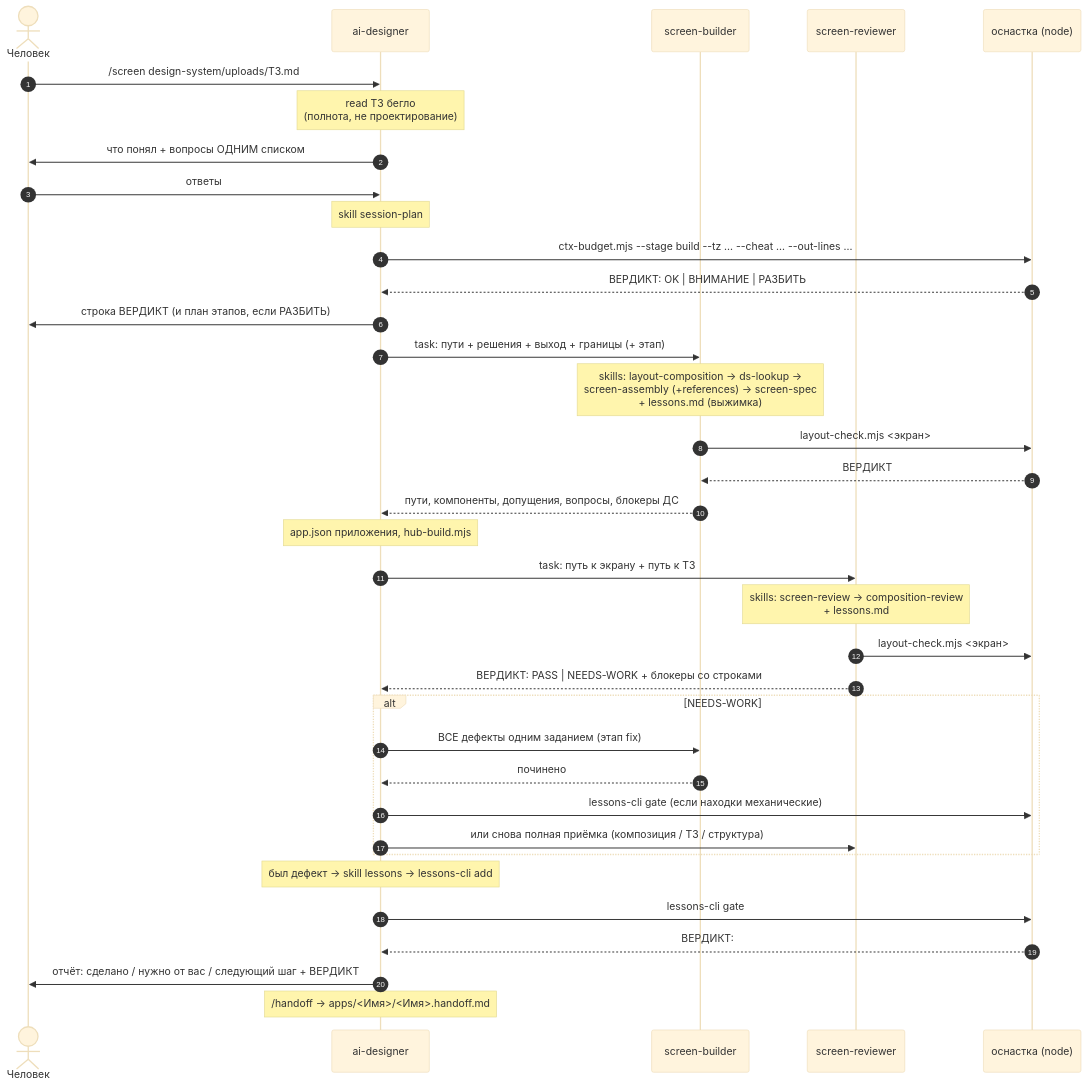
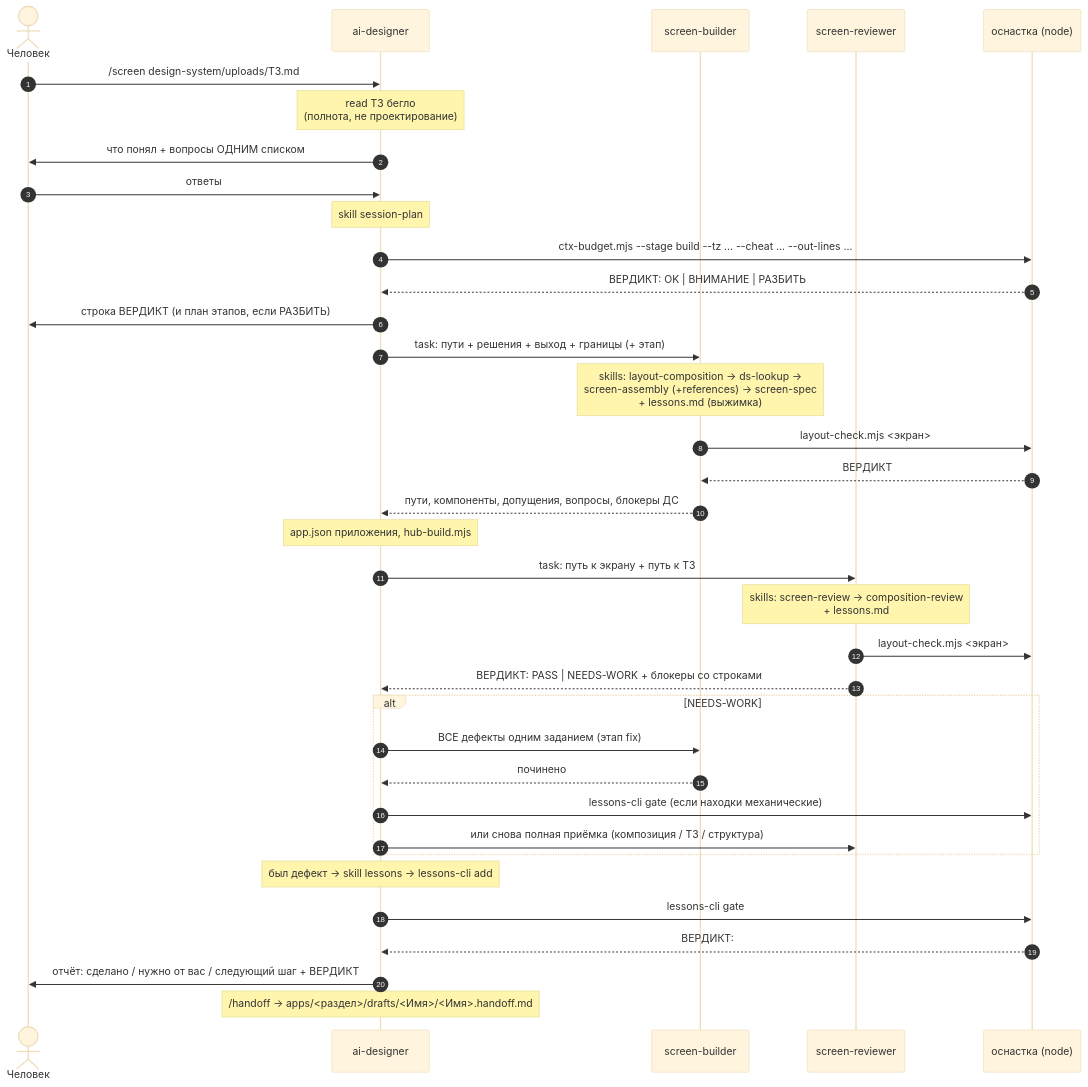
The third of 4 diagrams in .agents/README.md (sarosekml/ibp-design-project), drawn with Mermaid (base theme) before and after one commit. The commit also changed other lines of this file and 1061 other files, not shown here.

````diff
--- a/.agents/README.md
+++ b/.agents/README.md
@@ -256,43 +256,43 @@
 ```mermaid
 sequenceDiagram
     autonumber
     actor H as Человек
     participant D as ai-designer
     participant B as screen-builder
     participant R as screen-reviewer
     participant T as оснастка (node)
 
     H->>D: /screen design-system/uploads/ТЗ.md
     Note over D: read ТЗ бегло<br/>(полнота, не проектирование)
     D->>H: что понял + вопросы ОДНИМ списком
     H->>D: ответы
     Note over D: skill session-plan
     D->>T: ctx-budget.mjs --stage build --tz … --cheat … --out-lines …
     T-->>D: ВЕРДИКТ: OK | ВНИМАНИЕ | РАЗБИТЬ
     D->>H: строка ВЕРДИКТ (и план этапов, если РАЗБИТЬ)
 
     D->>B: task: пути + решения + выход + границы (+ этап)
     Note over B: skills: layout-composition → ds-lookup →<br/>screen-assembly (+references) → screen-spec<br/>+ lessons.md (выжимка)
     B->>T: layout-check.mjs <экран>
     T-->>B: ВЕРДИКТ
     B-->>D: пути, компоненты, допущения, вопросы, блокеры ДС
     Note over D: app.json приложения, hub-build.mjs
 
     D->>R: task: путь к экрану + путь к ТЗ
     Note over R: skills: screen-review → composition-review<br/>+ lessons.md
     R->>T: layout-check.mjs <экран>
     R-->>D: ВЕРДИКТ: PASS | NEEDS-WORK + блокеры со строками
 
     alt NEEDS-WORK
         D->>B: ВСЕ дефекты одним заданием (этап fix)
         B-->>D: починено
         D->>T: lessons-cli gate (если находки механические)
         D->>R: или снова полная приёмка (композиция / ТЗ / структура)
     end
 
     Note over D: был дефект → skill lessons → lessons-cli add
     D->>T: lessons-cli gate
     T-->>D: ВЕРДИКТ:
     D->>H: отчёт: сделано / нужно от вас / следующий шаг + ВЕРДИКТ
-    Note over D: /handoff → apps/<Имя>/<Имя>.handoff.md
+    Note over D: /handoff → apps/<раздел>/drafts/<Имя>/<Имя>.handoff.md
 ```
````
